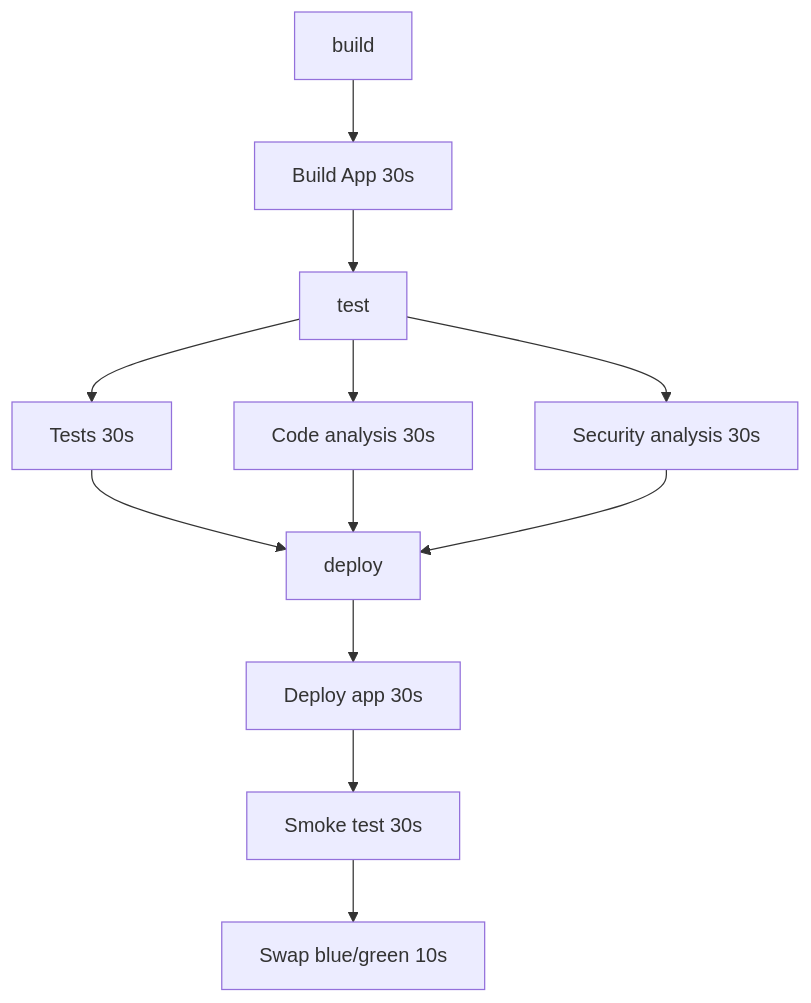
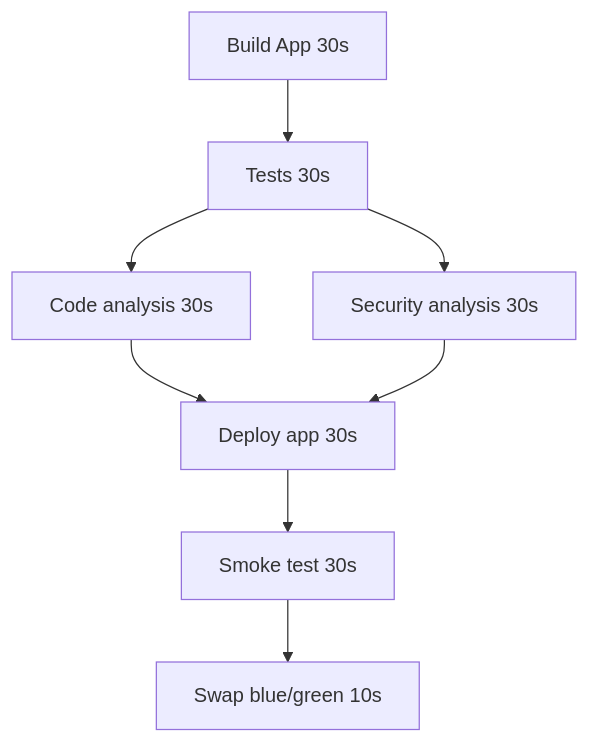
Before and after one commit to samsmithnz/ParallelPipelinesDemo: the second of 2 diagrams in README.md, drawn with Mermaid.

````diff
--- a/README.md
+++ b/README.md
@@ -11,9 +11,8 @@
 ```mermaid
   graph TD;
-      build-->buildApp[Build App 30s]-->test
-      test-->tests[Tests 30s]-->deploy;
-      test-->codeAnalysis[Code analysis 30s]-->deploy;
-      test-->securityAnalysis[Security analysis 30s]-->deploy;
-      deploy-->deployApp[Deploy app 30s]-->smoke[Smoke test 30s];
+      buildApp[Build App 30s]-->tests[Tests 30s];
+      tests[Tests 30s]-->codeAnalysis[Code analysis 30s]-->deployApp[Deploy app 30s];
+      tests[Tests 30s]-->securityAnalysis[Security analysis 30s]-->deployApp[Deploy app 30s];
+      deployApp[Deploy app 30s]-->smoke[Smoke test 30s];
       smoke[Smoke test 30s]-->swap[Swap blue/green 10s];
 ```
````
